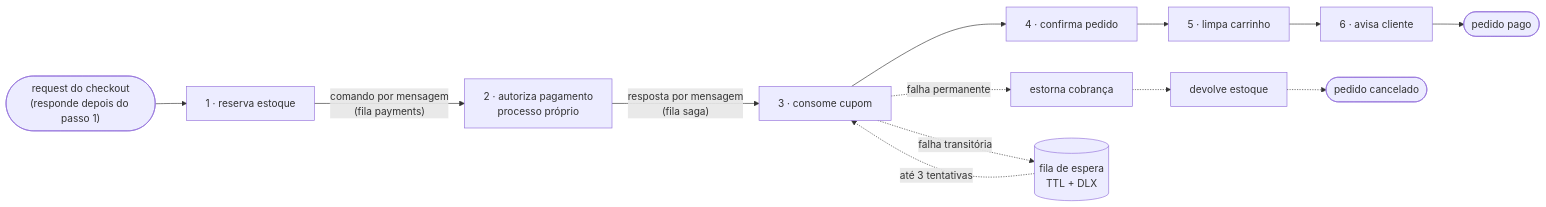
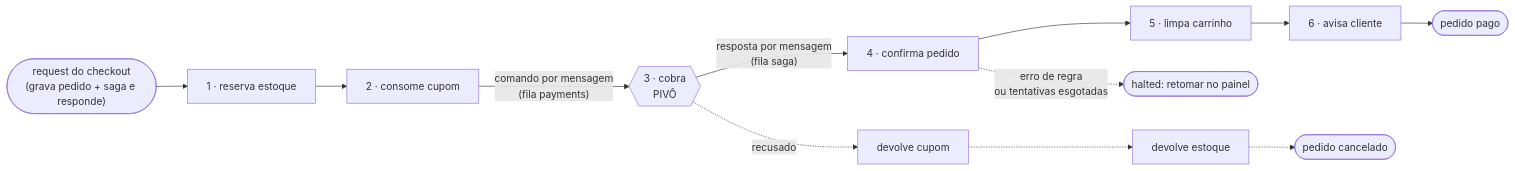
One commit to FlavioVic/dystopia changed the diagram in docs/SAGA-E-FILA.md. Above: the diagram before and after it, drawn with Mermaid. The commit also changed other lines of this file and 26 other files, not shown here.

First line of the commit message:
feat(saga): cobrança como pivô e versão da definição

````diff
--- a/docs/SAGA-E-FILA.md
+++ b/docs/SAGA-E-FILA.md
@@ -41,13 +40,11 @@
 ```mermaid
 flowchart LR
-    REQ(["request do checkout<br/>(responde depois do passo 1)"]) --> S1[1 · reserva estoque]
-    S1 -- "comando por mensagem<br/>(fila payments)" --> S2[2 · autoriza pagamento<br/>processo próprio]
-    S2 -- "resposta por mensagem<br/>(fila saga)" --> S3[3 · consome cupom]
-    S3 --> S4[4 · confirma pedido] --> S5[5 · limpa carrinho] --> S6[6 · avisa cliente] --> OK([pedido pago])
+    REQ(["request do checkout<br/>(grava pedido + saga e responde)"]) --> S1[1 · reserva estoque]
+    S1 --> S2[2 · consome cupom]
+    S2 -- "comando por mensagem<br/>(fila payments)" --> S3{{3 · cobra<br/>PIVÔ}}
+    S3 -- "resposta por mensagem<br/>(fila saga)" --> S4[4 · confirma pedido]
+    S4 --> S5[5 · limpa carrinho] --> S6[6 · avisa cliente] --> OK([pedido pago])
 
-    S3 -. falha permanente .-> C2[estorna cobrança]
-    C2 -.-> C1[devolve estoque] -.-> X([pedido cancelado])
-
-    S3 -. falha transitória .-> Q[(fila de espera<br/>TTL + DLX)]
-    Q -. "até 3 tentativas" .-> S3
+    S3 -. recusado .-> C2[devolve cupom] -.-> C1[devolve estoque] -.-> X([pedido cancelado])
+    S4 -. "erro de regra<br/>ou tentativas esgotadas" .-> H([halted: retomar no painel])
 ```
````
